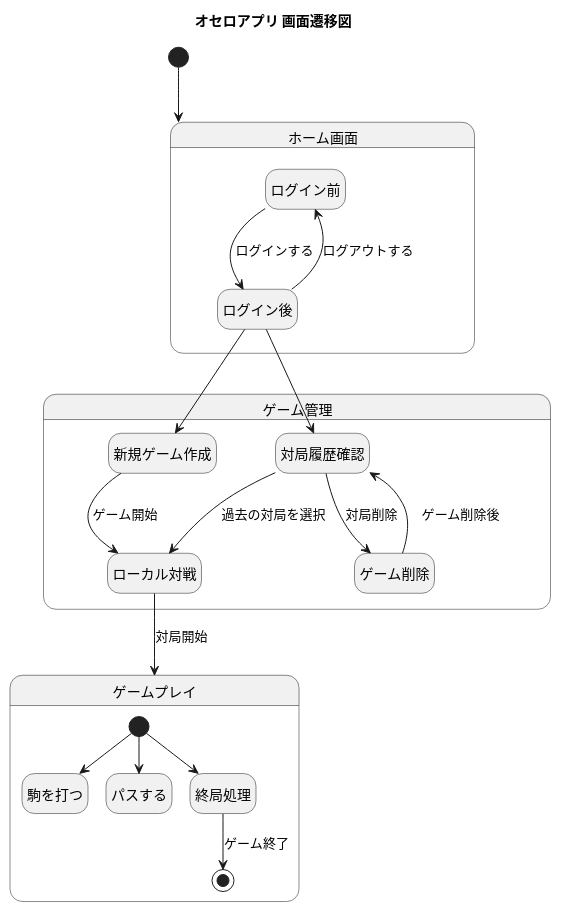
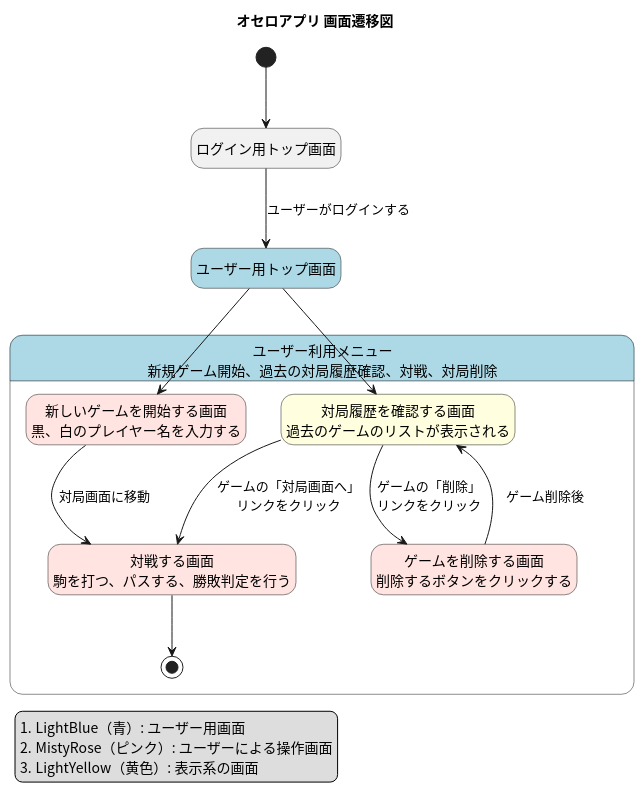
Before and after one commit to tomoki-shiozaki/othello: the diagram in docs/screen_flow/screen_flow_diagram.pu, drawn with PlantUML. The commit also changed 11 other files, not shown here.

Commit message:
docs: update use case, screen flow, and ER diagrams in docs/README.md

```diff
--- a/docs/screen_flow/screen_flow_diagram.pu
+++ b/docs/screen_flow/screen_flow_diagram.pu
@@ -1,53 +1,42 @@
 @startuml screen_flow
 skinparam defaultFontName "Noto Sans CJK JP"
 hide empty description
 
 
 title オセロアプリ 画面遷移図
 
-[*] --> ホーム画面
-state ホーム画面 {
-    state ログイン前
-    state ログイン後
-    ログイン前 --> ログイン後 : ログインする
-    ログイン後 --> ログイン前 : ログアウトする
-}
+legend left
+#LightBlue（青）: ユーザー用画面
+#MistyRose（ピンク）: ユーザーによる操作画面
+#LightYellow（黄色）: 表示系の画面
+end legend
 
+[*] --> notLogin
 
+state "ログイン用トップ画面" as notLogin
+state "ユーザー用トップ画面" as user #LightBlue
 
-state ゲーム管理 {
-    state 新規ゲーム作成
-    state ローカル対戦
-    state 対局履歴確認
-    state ゲーム削除
-    対局履歴確認 --> ローカル対戦 : 過去の対局を選択    
-    新規ゲーム作成 --> ローカル対戦 : ゲーム開始
-    対局履歴確認 --> ゲーム削除 : 対局削除
-    ゲーム削除 --> 対局履歴確認 :　ゲーム削除後
-}
+notLogin --> user : ユーザーがログインする
 
-state ゲームプレイ {
-    [*] --> 駒を打つ
-    [*] --> パスする
-    [*] --> 終局処理
-    終局処理 --> [*] : ゲーム終了
-    state 駒を打つ
-    state パスする
-    state 終局処理
+state "ユーザー利用メニュー\n新規ゲーム開始、過去の対局履歴確認、対戦、対局削除" as GameUse #LightBlue {
+    state "新しいゲームを開始する画面\n黒、白のプレイヤー名を入力する" as newGame <<操作>>
+    state "対戦する画面\n駒を打つ、パスする、勝敗判定を行う" as playGame <<操作>>
+    state "対局履歴を確認する画面\n過去のゲームのリストが表示される" as GameHistory <<表示>>
+    state "ゲームを削除する画面\n削除するボタンをクリックする" as deleteGame <<操作>>
+    GameHistory --> playGame : ゲームの「対局画面へ」\nリンクをクリック    
+    newGame --> playGame : 対局画面に移動
+    GameHistory --> deleteGame : ゲームの「削除」\nリンクをクリック
+    deleteGame --> GameHistory :　ゲーム削除後
+    playGame --> [*] 
 }
 
 ' ホーム画面とゲーム管理の遷移
-ログイン後 --> 新規ゲーム作成
-ログイン後 --> 対局履歴確認
+user --> newGame
+user --> GameHistory
 
-
-
-' ゲーム管理とゲームプレイの遷移
-ローカル対戦 --> ゲームプレイ : 対局開始
-
-
-
-
-
+skinparam state {
+  BackgroundColor<<操作>> MistyRose
+  BackgroundColor<<表示>> LightYellow
+}
 
 @enduml
```
